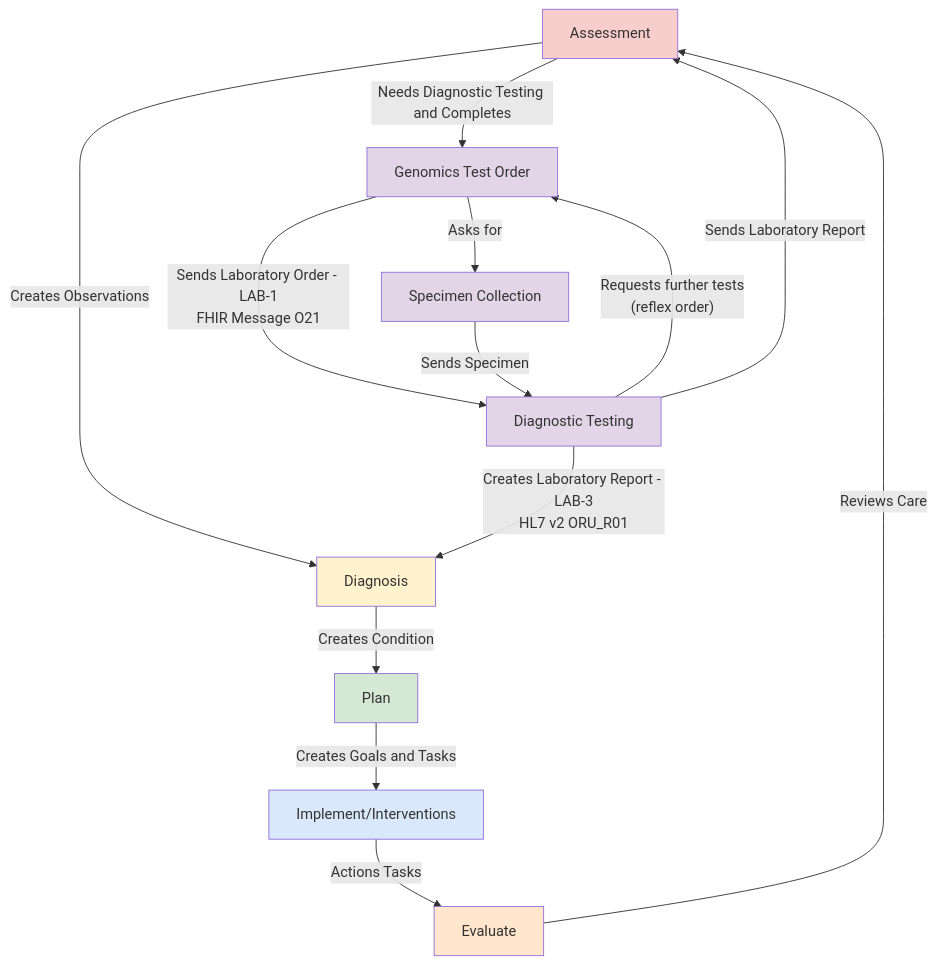
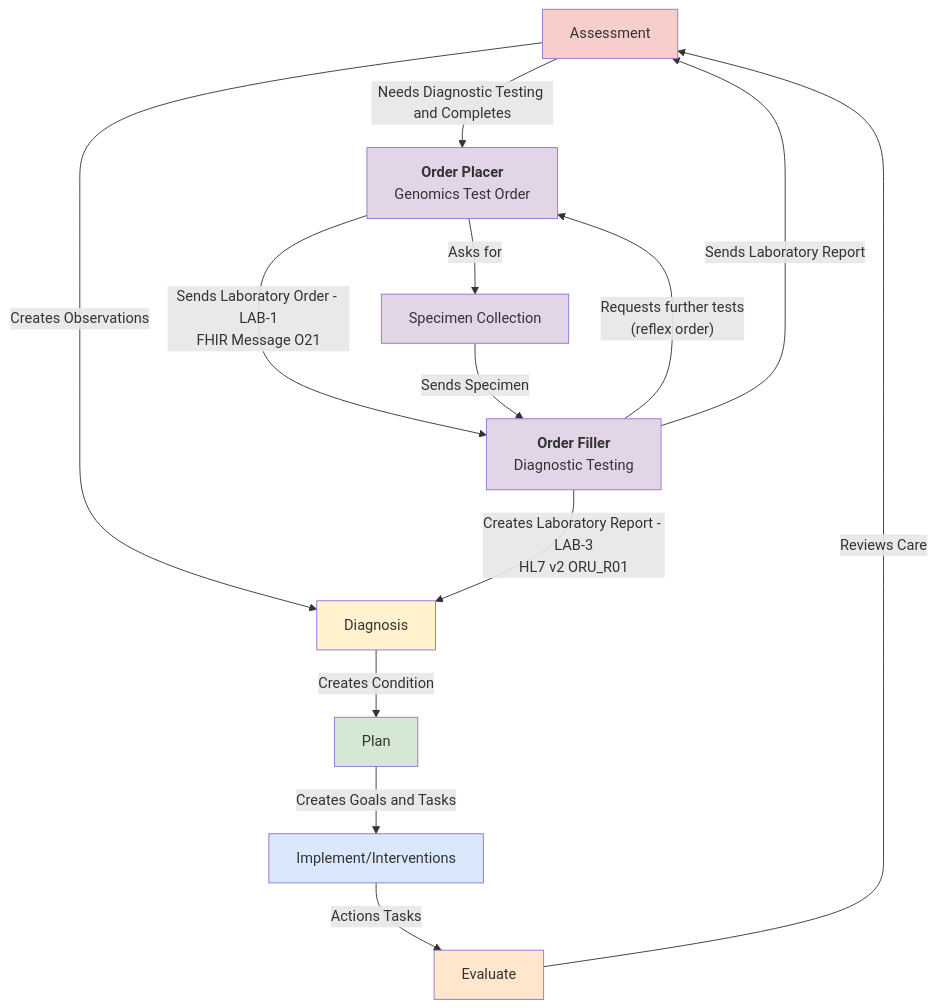
The first of 3 diagrams in input/pagecontent/index.md (uk-gov-mirror/nw-gmsa.nw-gmsa.github.com), drawn with Mermaid before and after one commit. The commit also changed other lines of this file and 1 other file, not shown here.

Commit message:
tags and keywords

````diff
--- a/input/pagecontent/index.md
+++ b/input/pagecontent/index.md
@@ -15,36 +15,36 @@
 ```mermaid
 graph TD;
 
     A[Assessment]-->|Creates Observations| B;
     A--> |Needs Diagnostic Testing and Completes| T;
     B[Diagnosis]-->|Creates Condition| C;
-    T[Genomics Test Order]--> |"Sends Laboratory Order - LAB-1<br/>FHIR Message O21"| AN;
+    T[<b>Order Placer</b><br/>Genomics Test Order]--> |"Sends Laboratory Order - LAB-1<br/>FHIR Message O21"| AN;
     T --> |Asks for| S
     S[Specimen Collection] --> |Sends Specimen| AN;
-    AN["Diagnostic Testing"] --> |"Requests further tests <br/>(reflex order)"| T;
+    AN["<b>Order Filler</b><br/>Diagnostic Testing"] --> |"Requests further tests <br/>(reflex order)"| T;
     AN --> |"Creates Laboratory Report - LAB-3<br/>HL7 v2 ORU_R01"| B;
     AN --> |Sends Laboratory Report| A;
     C[Plan]-->|Creates Goals and Tasks| D;
     D[Implement/Interventions]-->|Actions Tasks| E;
     E[Evaluate]--> |Reviews Care| A;
     
     click T Questionnaire-GenomicTestOrder.html
     click AN Questionnaire-GenomicTestReport.html
     click S ExampleScenario-BiopsyProcedure.html
 
     classDef purple fill:#E1D5E7;
 
     classDef yellow fill:#FFF2CC;
     classDef pink fill:#F8CECC
     classDef green fill:#D5E8D4;
     classDef blue fill:#DAE8FC;
     classDef orange fill:#FFE6CC;
 
     class A pink
     class B yellow
     class C green
     class D blue
     class E orange
 
     class O,S,T,AN purple
 ```
````
